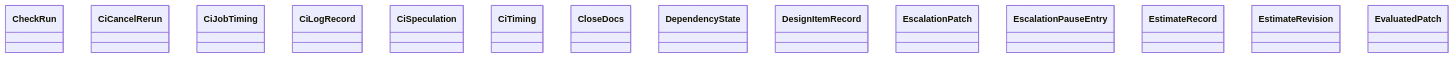
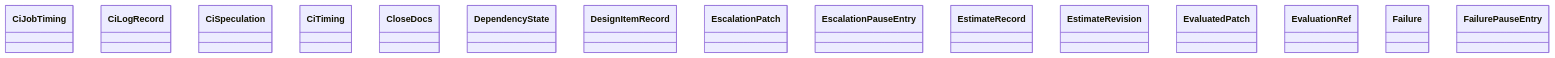
One commit to GonzaloZevallos/agentic-system changed the diagram in docs/architecture/generated/classes-process-domain-state-3.md. Above: the diagram before and after it, drawn with Mermaid. The commit also changed other lines of this file and 7 other files, not shown here.

````diff
--- a/docs/architecture/generated/classes-process-domain-state-3.md
+++ b/docs/architecture/generated/classes-process-domain-state-3.md
@@ -23,17 +23,18 @@
 ```mermaid
 classDiagram
-    class task__CheckRun["CheckRun"]
-    class task__CiCancelRerun["CiCancelRerun"]
     class task__CiJobTiming["CiJobTiming"]
     class task__CiLogRecord["CiLogRecord"]
     class task__CiSpeculation["CiSpeculation"]
     class task__CiTiming["CiTiming"]
     class task__CloseDocs["CloseDocs"]
     class task__DependencyState["DependencyState"]
     class task__DesignItemRecord["DesignItemRecord"]
     class task__EscalationPatch["EscalationPatch"]
     class task__EscalationPauseEntry["EscalationPauseEntry"]
     class task__EstimateRecord["EstimateRecord"]
     class task__EstimateRevision["EstimateRevision"]
     class task__EvaluatedPatch["EvaluatedPatch"]
+    class task__EvaluationRef["EvaluationRef"]
+    class task__Failure["Failure"]
+    class task__FailurePauseEntry["FailurePauseEntry"]
 ```
````
